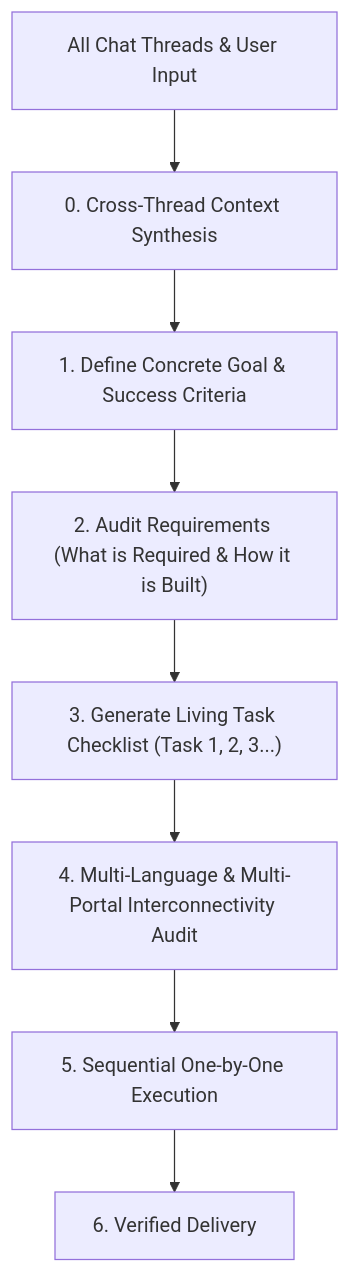
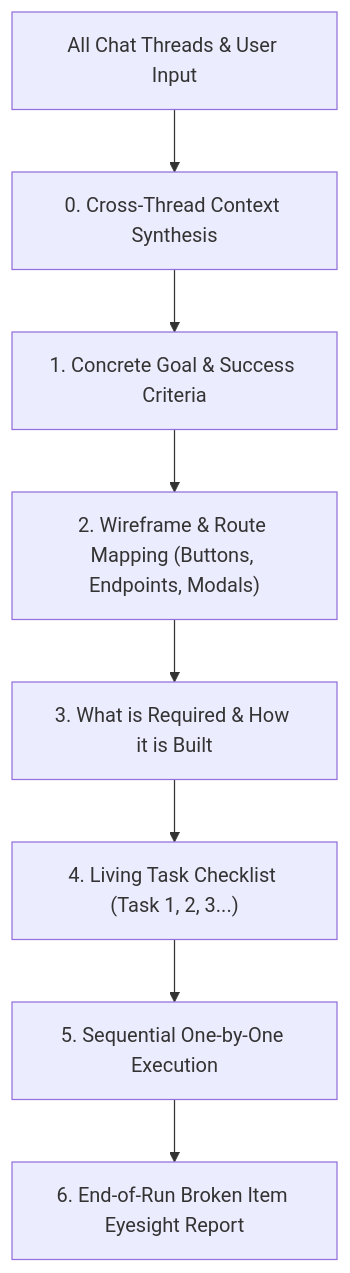
One commit to parinkukadia55/zero-guess-debugger changed the diagram in README.md. Above: the diagram before and after it, drawn with Mermaid. The commit also changed other lines of this file and 5 other files, not shown here.

Commit message:
feat: add architectural wireframe & route mapping and end-of-run broken item eyesight triage report

````diff
--- a/README.md
+++ b/README.md
@@ -40,10 +40,10 @@
 ```mermaid
 flowchart TD
     Chat["All Chat Threads & User Input"] --> Context["0. Cross-Thread Context Synthesis"]
-    Context --> Goal["1. Define Concrete Goal & Success Criteria"]
-    Goal --> Req["2. Audit Requirements (What is Required & How it is Built)"]
-    Req --> Tasks["3. Generate Living Task Checklist (Task 1, 2, 3...)"]
-    Tasks --> Inter["4. Multi-Language & Multi-Portal Interconnectivity Audit"]
-    Inter --> Exec["5. Sequential One-by-One Execution"]
-    Exec --> Done["6. Verified Delivery"]
+    Context --> Goal["1. Concrete Goal & Success Criteria"]
+    Goal --> Map["2. Wireframe & Route Mapping (Buttons, Endpoints, Modals)"]
+    Map --> Req["3. What is Required & How it is Built"]
+    Req --> Tasks["4. Living Task Checklist (Task 1, 2, 3...)"]
+    Tasks --> Exec["5. Sequential One-by-One Execution"]
+    Exec --> Eyesight["6. End-of-Run Broken Item Eyesight Report"]
 ```
````
